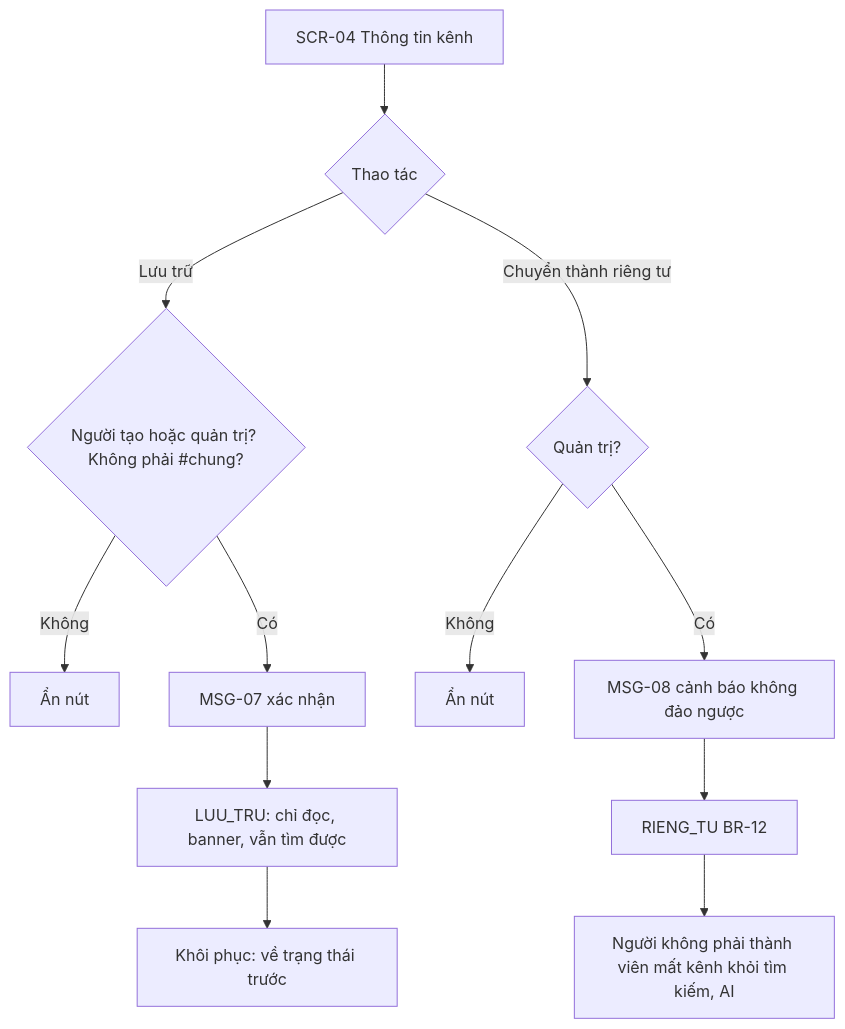
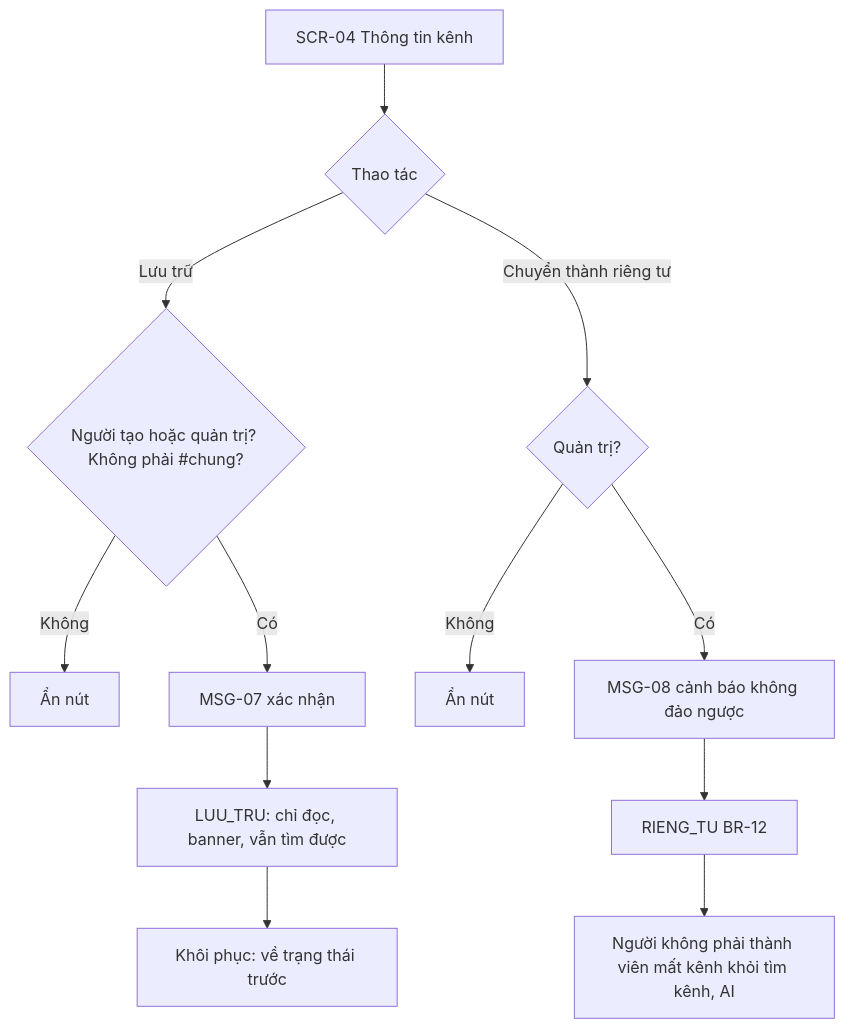
One commit to uxfoundation-vn/de08-nhan-tin-noi-bo-ai changed the fifth of 6 diagrams in docs/TN01-workspace-kenh-thanh-vien/SRS.md. Above: the diagram before and after it, drawn with Mermaid. The commit also changed other lines of this file and 10 other files, not shown here.

````diff
--- a/docs/TN01-workspace-kenh-thanh-vien/SRS.md
+++ b/docs/TN01-workspace-kenh-thanh-vien/SRS.md
@@ -202,13 +202,13 @@
 ```mermaid
 flowchart TD
   A["SCR-04 Thông tin kênh"] --> B{"Thao tác"}
   B -->|Lưu trữ| C{"Người tạo hoặc quản trị? Không phải #chung?"}
   C -->|Không| C1["Ẩn nút"]
   C -->|Có| D["MSG-07 xác nhận"] --> E["LUU_TRU: chỉ đọc, banner, vẫn tìm được"]
   E --> F["Khôi phục: về trạng thái trước"]
   B -->|Chuyển thành riêng tư| G{"Quản trị?"}
   G -->|Không| G1["Ẩn nút"]
   G -->|Có| H["MSG-08 cảnh báo không đảo ngược"]
   H --> I["RIENG_TU BR-12"]
-  I --> J["Người không phải thành viên mất kênh khỏi tìm kiếm, AI"]
+  I --> J["Người không phải thành viên mất kênh khỏi tìm kênh, AI"]
 ```
````
